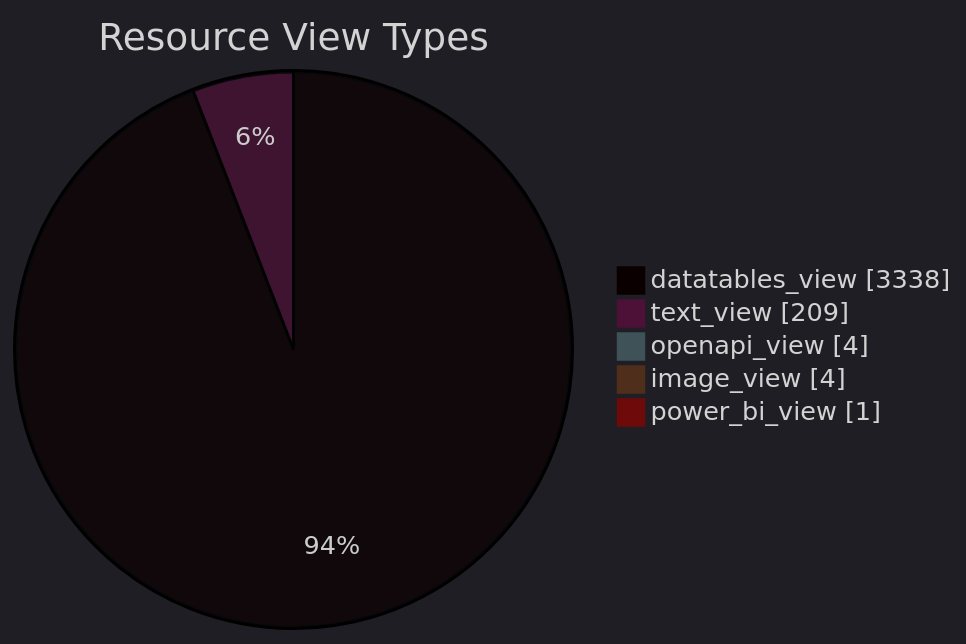
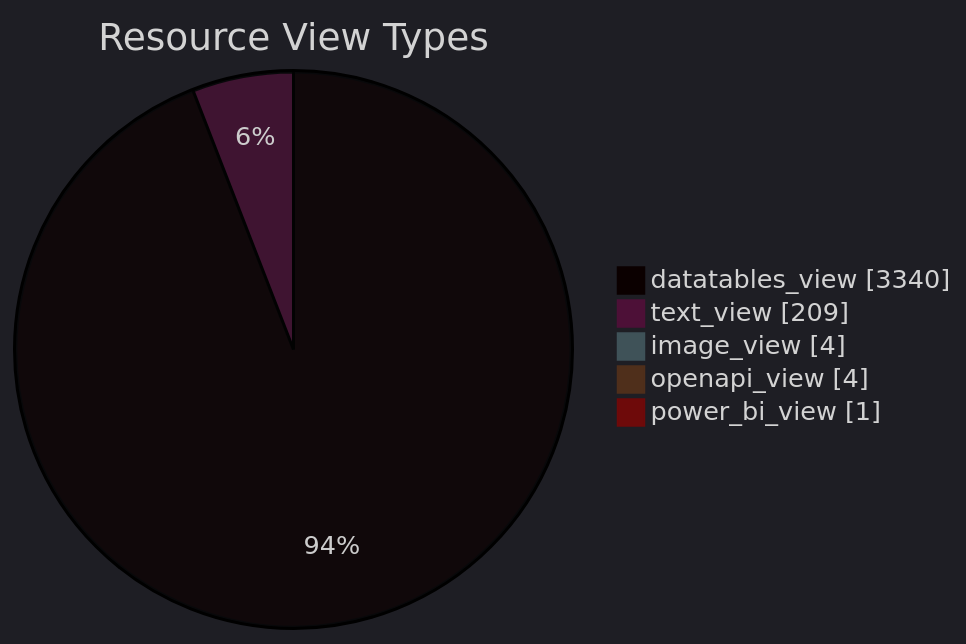
Before and after one commit to open-data/analytics-corporate-reporting: the diagram in datastore_tracker/resource_view_types_pie_chart.md, drawn with Mermaid. The commit also changed 8 other files, not shown here.

````diff
--- a/datastore_tracker/resource_view_types_pie_chart.md
+++ b/datastore_tracker/resource_view_types_pie_chart.md
@@ -2,12 +2,12 @@
 ```mermaid
 ---
 config:
   theme: dark
 ---
 pie showData title Resource View Types
-    "datatables_view": 3338
+    "datatables_view": 3340
     "text_view": 209
+    "image_view": 4
     "openapi_view": 4
-    "image_view": 4
     "power_bi_view": 1
 ```
````
